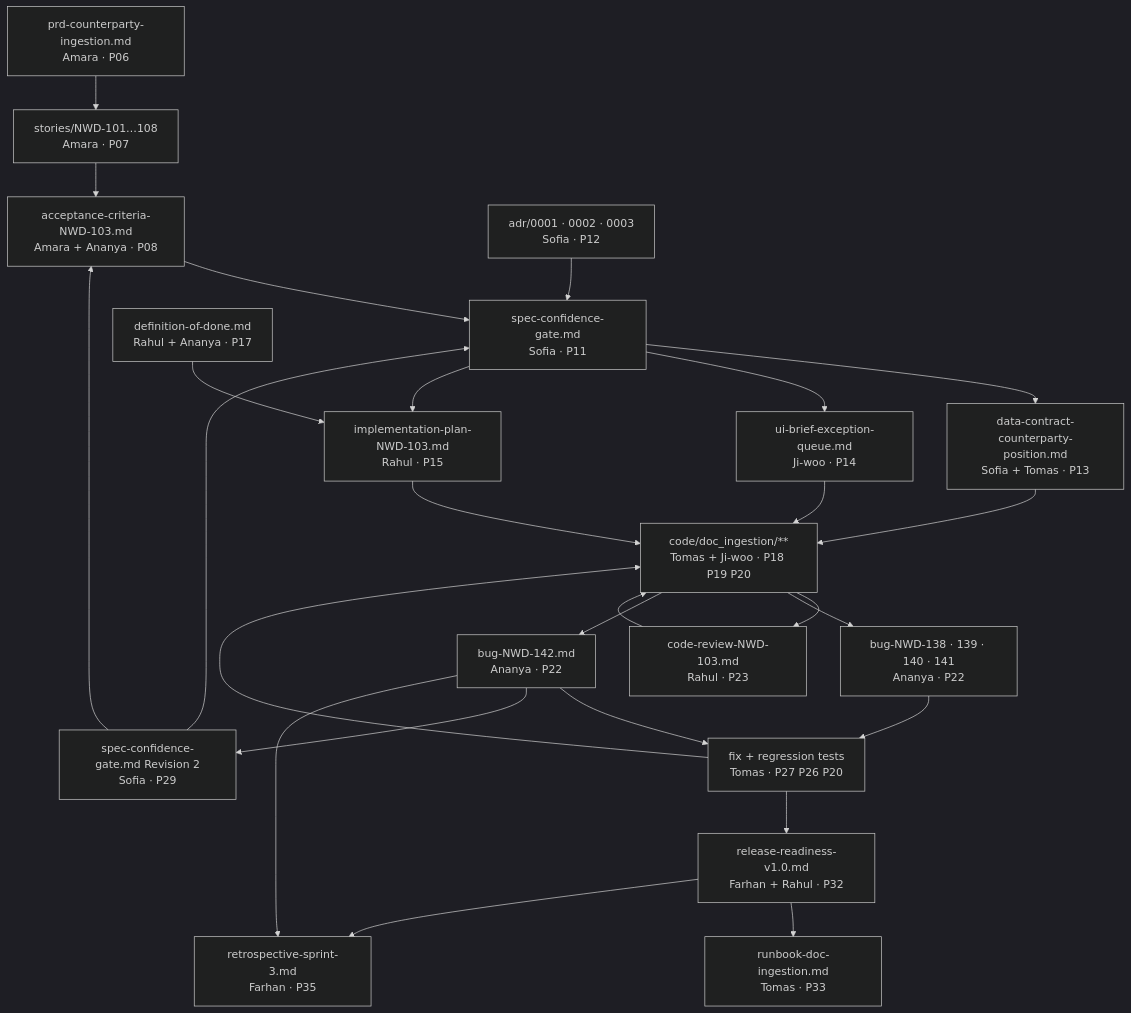
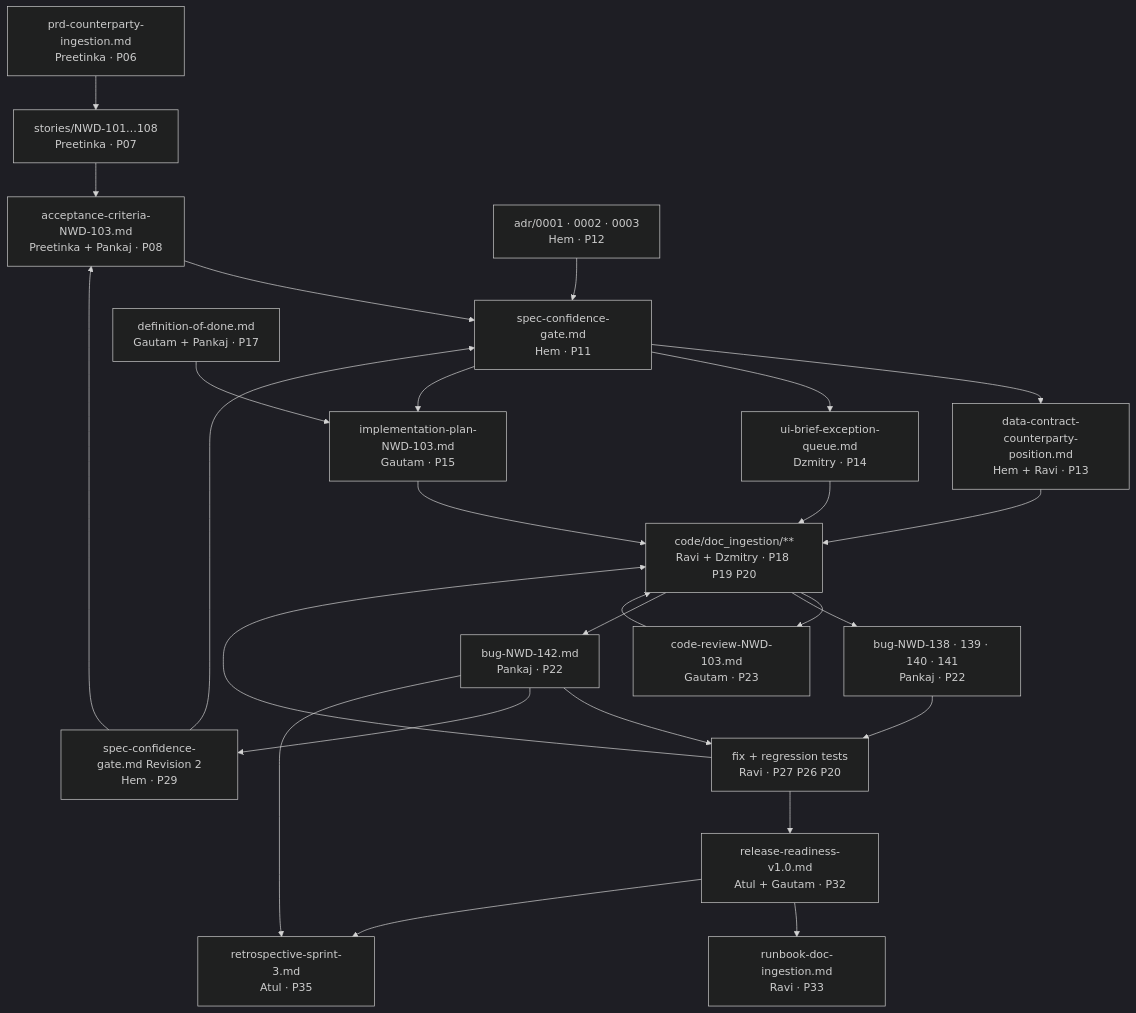
The diagram in AI-Agile-Development/Case-Study/Python-ETL/artifacts/README.md (hemsingh81/learning-system-designs), drawn with Mermaid (dark theme) before and after one commit. The commit also changed other lines of this file and 99 other files, not shown here.

````diff
--- a/AI-Agile-Development/Case-Study/Python-ETL/artifacts/README.md
+++ b/AI-Agile-Development/Case-Study/Python-ETL/artifacts/README.md
@@ -76,46 +76,46 @@
 ```mermaid
 graph TD
-  PRD["prd-counterparty-ingestion.md<br/>Amara · P06"]
-  ST["stories/NWD-101…108<br/>Amara · P07"]
-  AC["acceptance-criteria-NWD-103.md<br/>Amara + Ananya · P08"]
-  ADR["adr/0001 · 0002 · 0003<br/>Sofia · P12"]
-  SPEC["spec-confidence-gate.md<br/>Sofia · P11"]
-  DC["data-contract-counterparty-position.md<br/>Sofia + Tomas · P13"]
-  UI["ui-brief-exception-queue.md<br/>Ji-woo · P14"]
-  DOD["definition-of-done.md<br/>Rahul + Ananya · P17"]
-  PLAN["implementation-plan-NWD-103.md<br/>Rahul · P15"]
-  CODE["code/doc_ingestion/**<br/>Tomas + Ji-woo · P18 P19 P20"]
-  REV["code-review-NWD-103.md<br/>Rahul · P23"]
-  BUGS["bug-NWD-138 · 139 · 140 · 141<br/>Ananya · P22"]
-  B142["bug-NWD-142.md<br/>Ananya · P22"]
-  FIX["fix + regression tests<br/>Tomas · P27 P26 P20"]
-  REV2["spec-confidence-gate.md Revision 2<br/>Sofia · P29"]
-  REL["release-readiness-v1.0.md<br/>Farhan + Rahul · P32"]
-  RUN["runbook-doc-ingestion.md<br/>Tomas · P33"]
-  RETRO["retrospective-sprint-3.md<br/>Farhan · P35"]
+  PRD["prd-counterparty-ingestion.md<br/>Preetinka · P06"]
+  ST["stories/NWD-101…108<br/>Preetinka · P07"]
+  AC["acceptance-criteria-NWD-103.md<br/>Preetinka + Pankaj · P08"]
+  ADR["adr/0001 · 0002 · 0003<br/>Hem · P12"]
+  SPEC["spec-confidence-gate.md<br/>Hem · P11"]
+  DC["data-contract-counterparty-position.md<br/>Hem + Ravi · P13"]
+  UI["ui-brief-exception-queue.md<br/>Dzmitry · P14"]
+  DOD["definition-of-done.md<br/>Gautam + Pankaj · P17"]
+  PLAN["implementation-plan-NWD-103.md<br/>Gautam · P15"]
+  CODE["code/doc_ingestion/**<br/>Ravi + Dzmitry · P18 P19 P20"]
+  REV["code-review-NWD-103.md<br/>Gautam · P23"]
+  BUGS["bug-NWD-138 · 139 · 140 · 141<br/>Pankaj · P22"]
+  B142["bug-NWD-142.md<br/>Pankaj · P22"]
+  FIX["fix + regression tests<br/>Ravi · P27 P26 P20"]
+  REV2["spec-confidence-gate.md Revision 2<br/>Hem · P29"]
+  REL["release-readiness-v1.0.md<br/>Atul + Gautam · P32"]
+  RUN["runbook-doc-ingestion.md<br/>Ravi · P33"]
+  RETRO["retrospective-sprint-3.md<br/>Atul · P35"]
 
   PRD --> ST --> AC
   AC --> SPEC
   ADR --> SPEC
   SPEC --> DC
   SPEC --> UI
   SPEC --> PLAN
   DOD --> PLAN
   PLAN --> CODE
   DC --> CODE
   UI --> CODE
   CODE --> REV
   REV --> CODE
   CODE --> BUGS
   CODE --> B142
   BUGS --> FIX
   B142 --> FIX
   B142 --> REV2
   REV2 --> AC
   REV2 --> SPEC
   FIX --> CODE
   FIX --> REL
   REL --> RUN
   B142 --> RETRO
   REL --> RETRO
 ```
````
